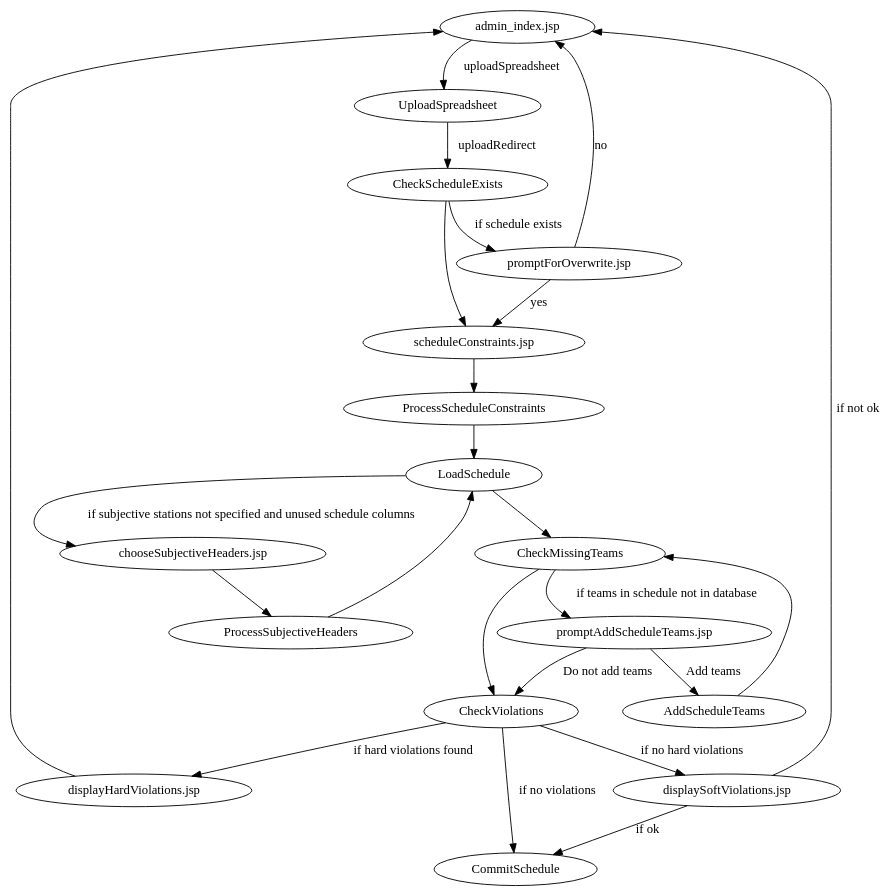
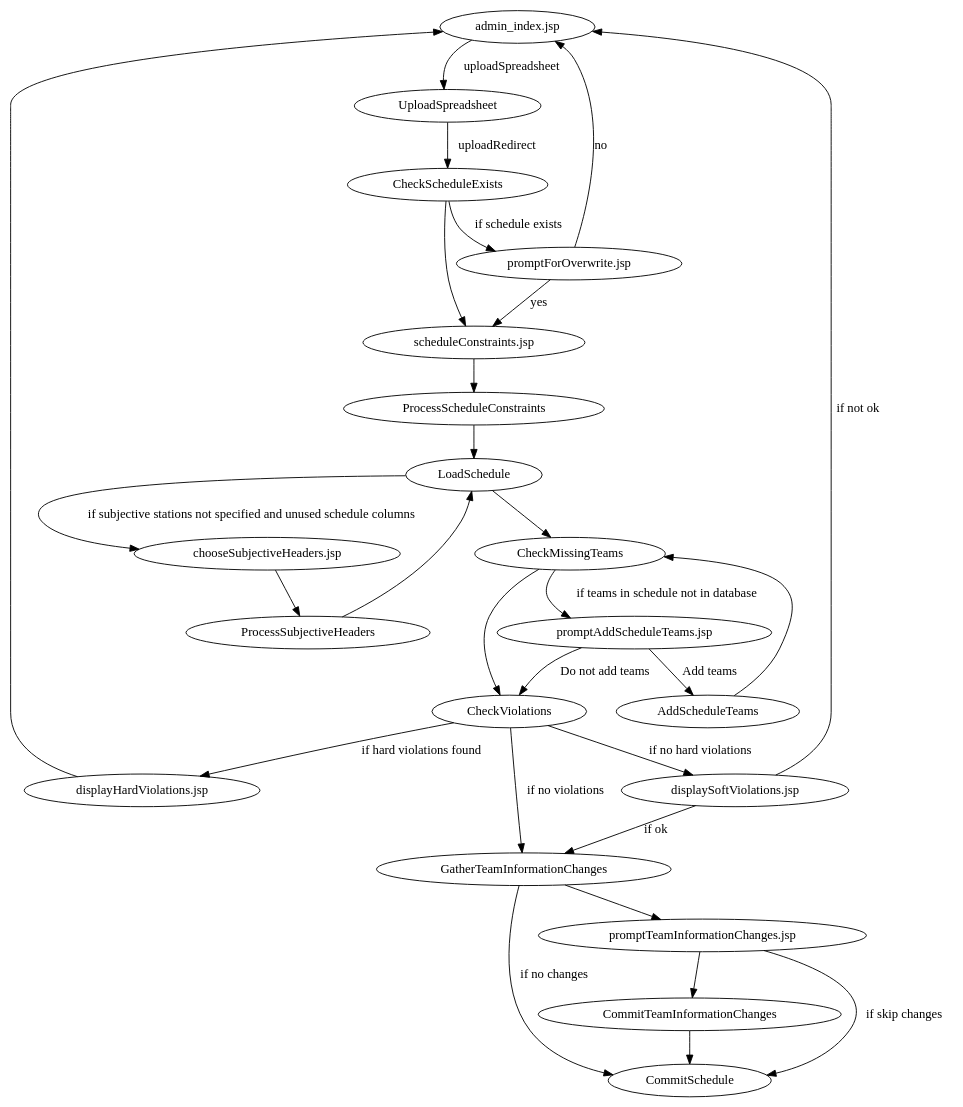
Before and after one commit to jpschewe/fll-sw: the diagram in src/main/documentation/workflows/upload-schedule.dot, drawn with Graphviz. The commit also changed 6 other files, not shown here.

First line of the commit message:
Allow team information to be updated when uploading a schedule

```diff
--- a/src/main/documentation/workflows/upload-schedule.dot
+++ b/src/main/documentation/workflows/upload-schedule.dot
@@ -1,40 +1,48 @@
 digraph UploadSchedule {
 
 "admin_index.jsp" -> UploadSpreadsheet [label="uploadSpreadsheet"];
 
 UploadSpreadsheet -> CheckScheduleExists [label="uploadRedirect"];
 
 CheckScheduleExists -> "promptForOverwrite.jsp" [label="if schedule exists"];
 
 "promptForOverwrite.jsp" -> "scheduleConstraints.jsp" [label="yes"];
 "promptForOverwrite.jsp" -> "admin_index.jsp" [label="no"];
 
 CheckScheduleExists -> "scheduleConstraints.jsp";
 
 "scheduleConstraints.jsp" -> ProcessScheduleConstraints;
 ProcessScheduleConstraints -> LoadSchedule;
 
 LoadSchedule -> CheckMissingTeams;
 
 CheckMissingTeams -> CheckViolations;
 CheckMissingTeams -> "promptAddScheduleTeams.jsp" [label="if teams in schedule not in database"];
 
 "promptAddScheduleTeams.jsp" -> AddScheduleTeams [label="Add teams"];
 "promptAddScheduleTeams.jsp" -> CheckViolations [label="Do not add teams"];
 
 AddScheduleTeams -> CheckMissingTeams;
 
-CheckViolations -> "CommitSchedule" [label="if no violations"];
+CheckViolations -> "GatherTeamInformationChanges" [label="if no violations"];
 CheckViolations -> "displayHardViolations.jsp" [label="if hard violations found"];
 CheckViolations -> "displaySoftViolations.jsp" [label="if no hard violations"];
+
+"GatherTeamInformationChanges" -> "CommitSchedule" [label="if no changes"];
+"GatherTeamInformationChanges" -> "promptTeamInformationChanges.jsp";
+
+"promptTeamInformationChanges.jsp" -> "CommitTeamInformationChanges";
+"promptTeamInformationChanges.jsp" -> "CommitSchedule" [label="if skip changes"];
+
+"CommitTeamInformationChanges" -> "CommitSchedule";
 
 LoadSchedule -> "chooseSubjectiveHeaders.jsp" [label="if subjective stations not specified and unused schedule columns"];
 "chooseSubjectiveHeaders.jsp" -> ProcessSubjectiveHeaders;
 ProcessSubjectiveHeaders -> LoadSchedule;
 
 "displayHardViolations.jsp" -> "admin_index.jsp";
 
-"displaySoftViolations.jsp" -> "CommitSchedule" [label="if ok"];
+"displaySoftViolations.jsp" -> "GatherTeamInformationChanges" [label="if ok"];
 "displaySoftViolations.jsp" -> "admin_index.jsp" [label="if not ok"];
 
 }
```
